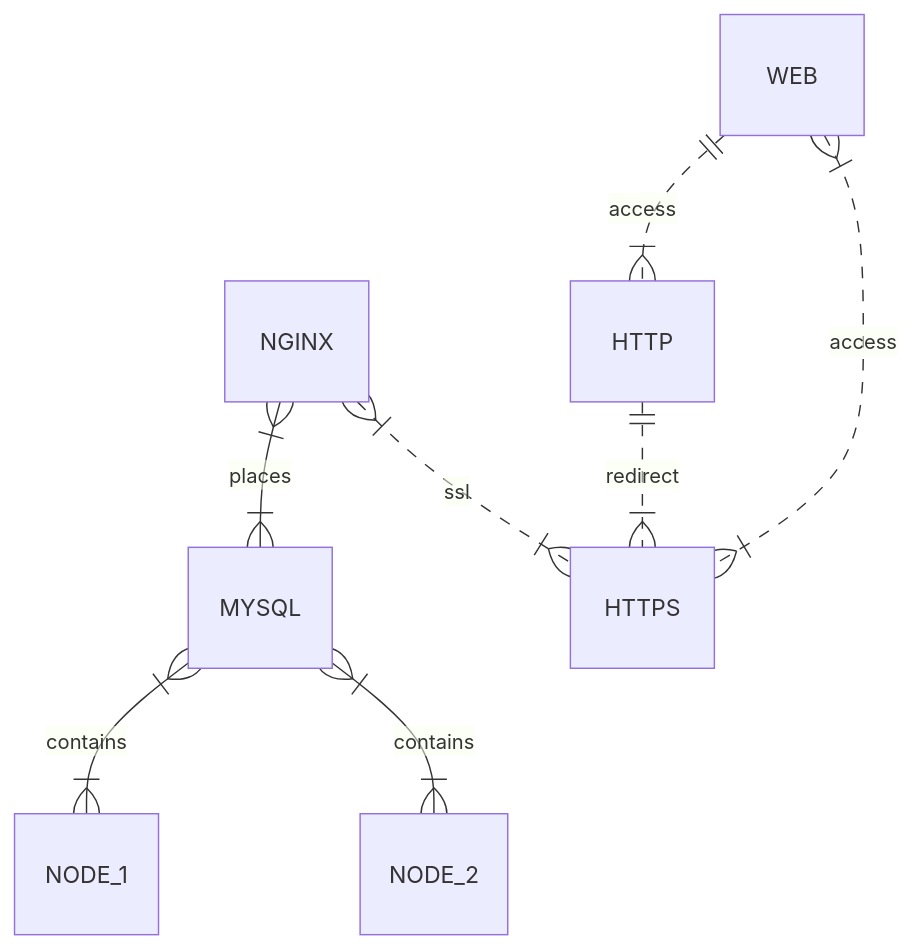
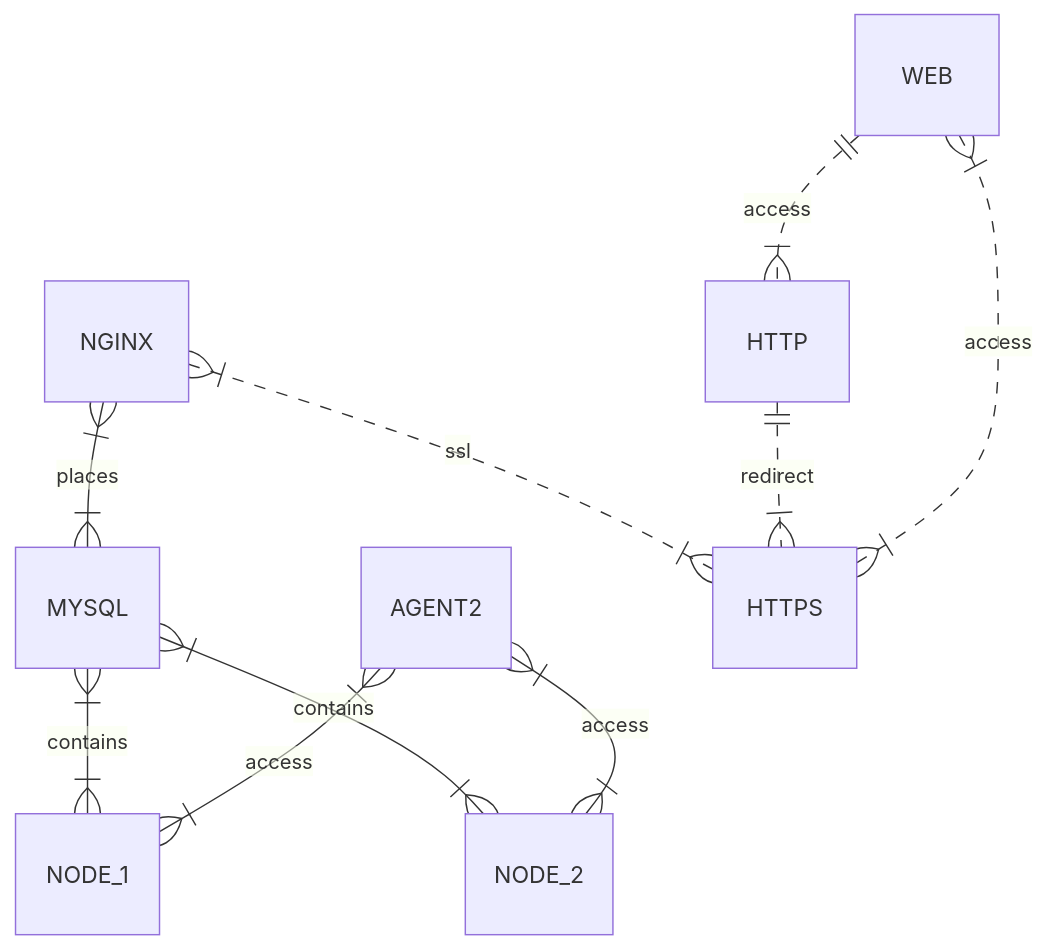
One commit to HandAssMan/zabbix changed the diagram in README.md. Above: the diagram before and after it, drawn with Mermaid.

````diff
--- a/README.md
+++ b/README.md
@@ -3,10 +3,12 @@
 ```mermaid
 erDiagram
     NGINX }|--|{ MYSQL : places
     MYSQL }|--|{ NODE_1 : contains
     MYSQL }|--|{ NODE_2 : contains
+    AGENT2 }|--|{ NODE_1 : access
+    AGENT2 }|--|{ NODE_2 : access
     NGINX }|..|{ HTTPS : ssl
     HTTP ||..|{ HTTPS : redirect
     WEB }|..|{ HTTPS : access
     WEB ||..|{ HTTP : access
 ```
````
